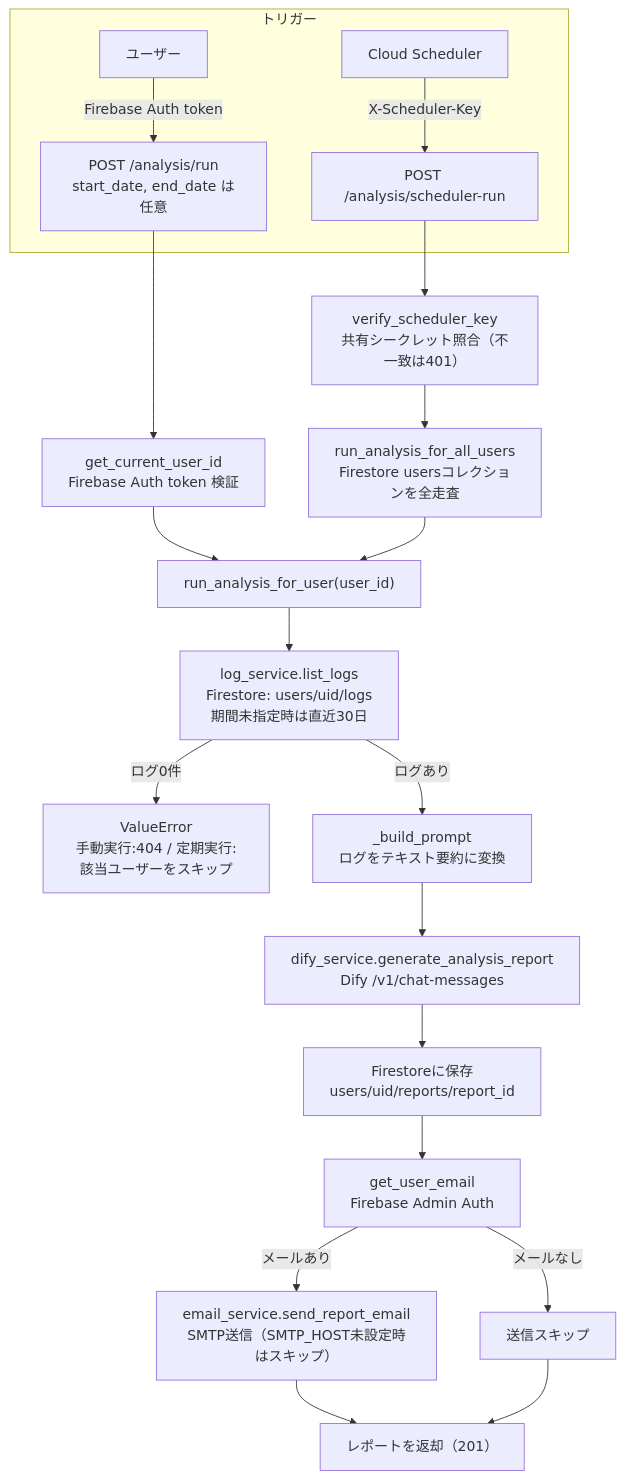
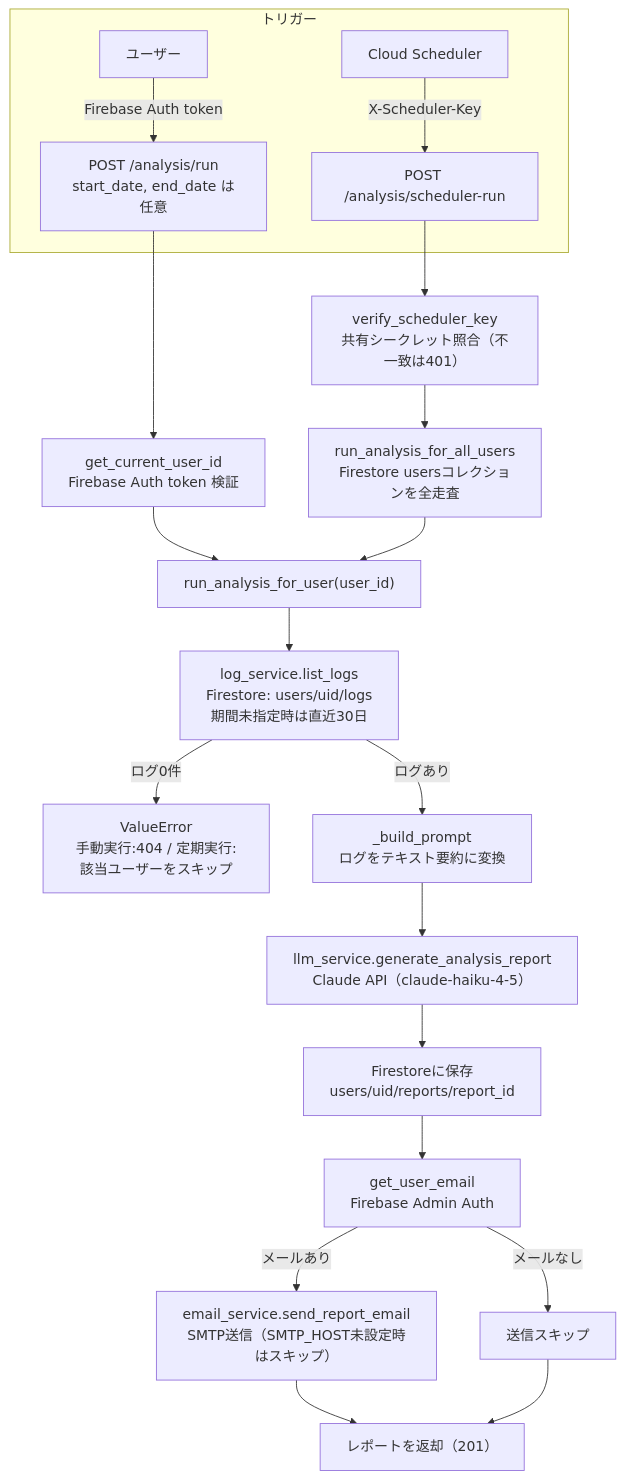
The diagram in docs/architecture.md (Shunnie816/ai-health-checker), drawn with Mermaid before and after one commit. The commit also changed other lines of this file and 3 other files, not shown here.

````diff
--- a/docs/architecture.md
+++ b/docs/architecture.md
@@ -43,25 +43,25 @@
 ```mermaid
 flowchart TD
     subgraph trigger [トリガー]
         user["ユーザー"] -->|"Firebase Auth token"| run["POST /analysis/run<br/>start_date, end_date は任意"]
         scheduler["Cloud Scheduler"] -->|"X-Scheduler-Key"| batch["POST /analysis/scheduler-run"]
     end
 
     run --> authUser["get_current_user_id<br/>Firebase Auth token 検証"]
     batch --> authScheduler["verify_scheduler_key<br/>共有シークレット照合（不一致は401）"]
 
     authUser --> single["run_analysis_for_user(user_id)"]
     authScheduler --> all["run_analysis_for_all_users<br/>Firestore usersコレクションを全走査"]
     all --> single
 
     single --> logs["log_service.list_logs<br/>Firestore: users/uid/logs<br/>期間未指定時は直近30日"]
     logs -->|ログ0件| skip["ValueError<br/>手動実行:404 / 定期実行:該当ユーザーをスキップ"]
     logs -->|ログあり| prompt["_build_prompt<br/>ログをテキスト要約に変換"]
-    prompt --> dify["dify_service.generate_analysis_report<br/>Dify /v1/chat-messages"]
-    dify --> save["Firestoreに保存<br/>users/uid/reports/report_id"]
+    prompt --> llm["llm_service.generate_analysis_report<br/>Claude API（claude-haiku-4-5）"]
+    llm --> save["Firestoreに保存<br/>users/uid/reports/report_id"]
     save --> lookup["get_user_email<br/>Firebase Admin Auth"]
     lookup -->|メールあり| send["email_service.send_report_email<br/>SMTP送信（SMTP_HOST未設定時はスキップ）"]
     lookup -->|メールなし| noSend["送信スキップ"]
     send --> res["レポートを返却（201）"]
     noSend --> res
 ```
````
